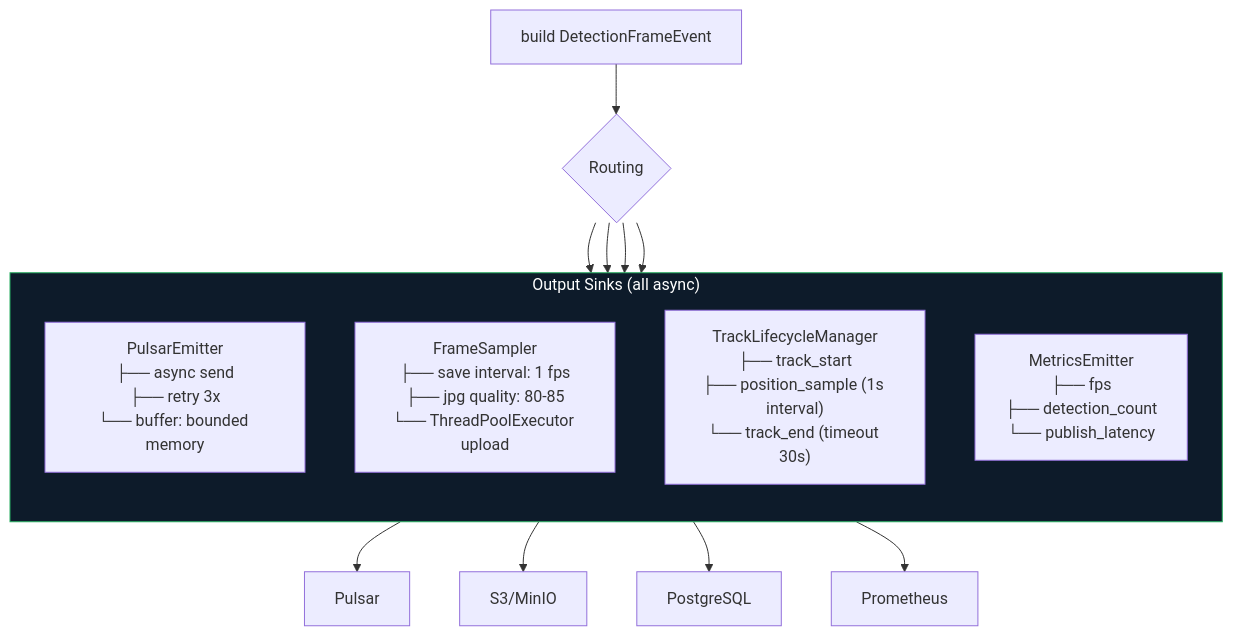
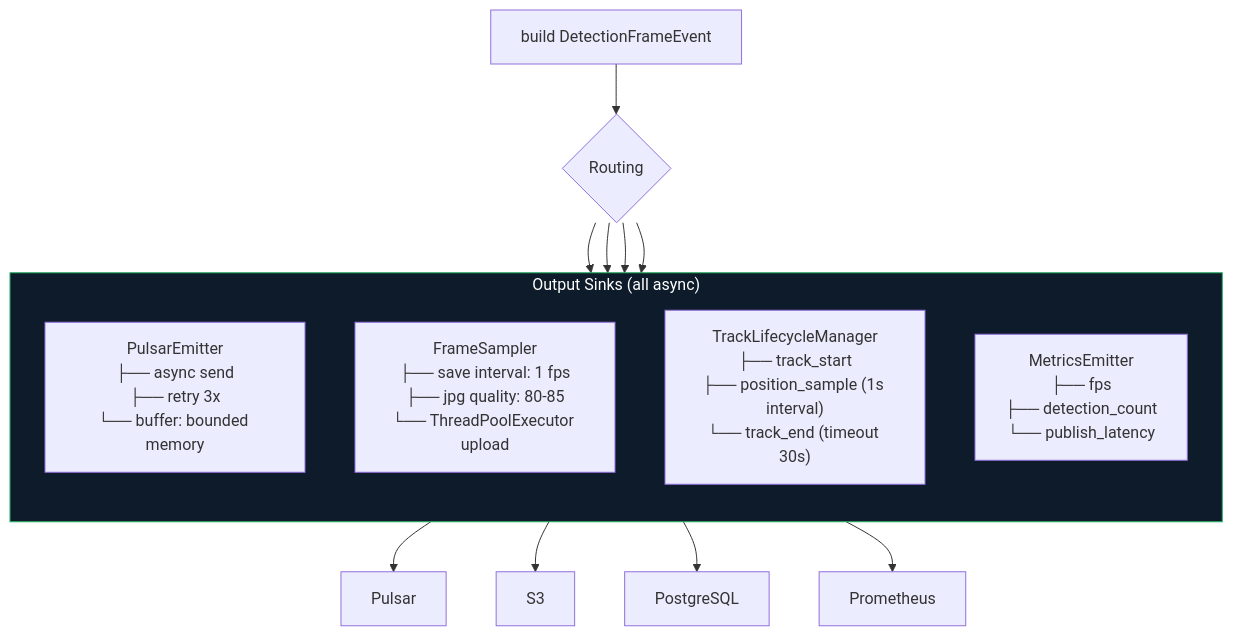
One commit to hungfnguyen/retail-video-analytics changed the third of 4 diagrams in docs/mermaid/01_vison/04_detection_publisher.md. Above: the diagram before and after it, drawn with Mermaid. The commit also changed 22 other files, not shown here.

Commit message:
docs(storage): update s3 architecture references

````diff
--- a/docs/mermaid/01_vison/04_detection_publisher.md
+++ b/docs/mermaid/01_vison/04_detection_publisher.md
@@ -70,24 +70,24 @@
 ```mermaid
 flowchart TB
     Build["build DetectionFrameEvent"] --> Split{Routing}
 
     subgraph Sinks["Output Sinks (all async)"]
         direction TB
         PulsarSink["PulsarEmitter\n├── async send\n├── retry 3x\n└── buffer: bounded memory"]
         FrameSink["FrameSampler\n├── save interval: 1 fps\n├── jpg quality: 80-85\n└── ThreadPoolExecutor upload"]
         TrackSink["TrackLifecycleManager\n├── track_start\n├── position_sample (1s interval)\n└── track_end (timeout 30s)"]
         MetricSink["MetricsEmitter\n├── fps\n├── detection_count\n└── publish_latency"]
     end
 
     Split --> PulsarSink
     Split --> FrameSink
     Split --> TrackSink
     Split --> MetricSink
 
     PulsarSink --> Pulsar["Pulsar"]
-    FrameSink --> S3["S3/MinIO"]
+    FrameSink --> S3["S3"]
     TrackSink --> PG["PostgreSQL"]
     MetricSink --> Prom["Prometheus"]
 
     style Sinks fill:#0d1b2a,stroke:#27ae60,color:#fff
 ```
````
